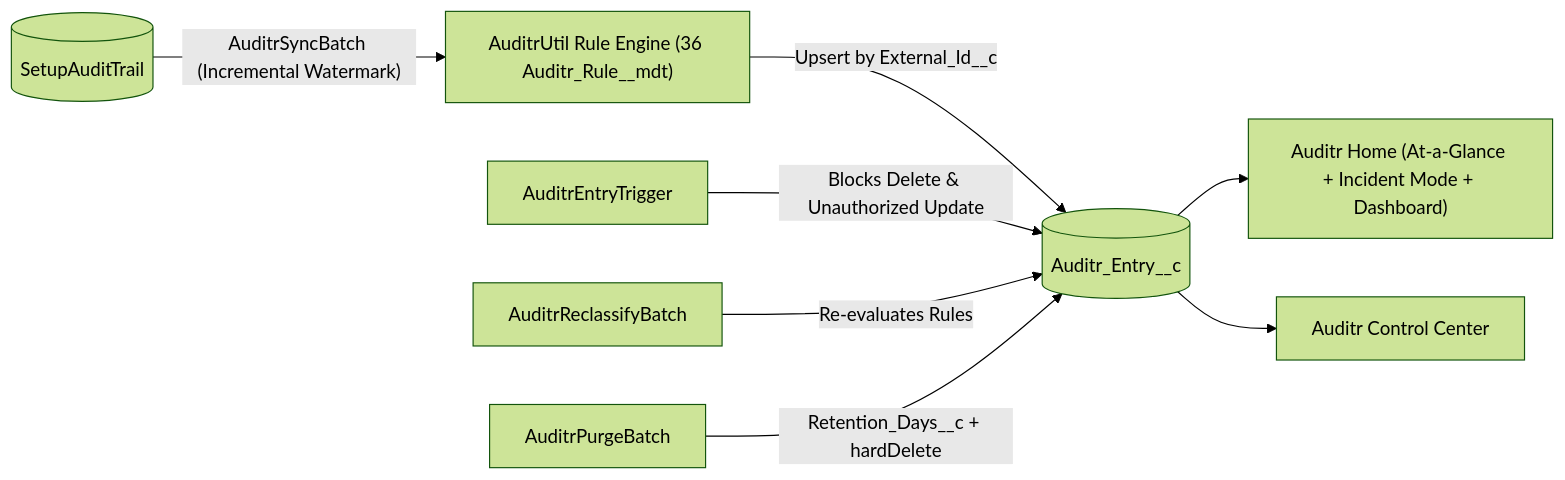
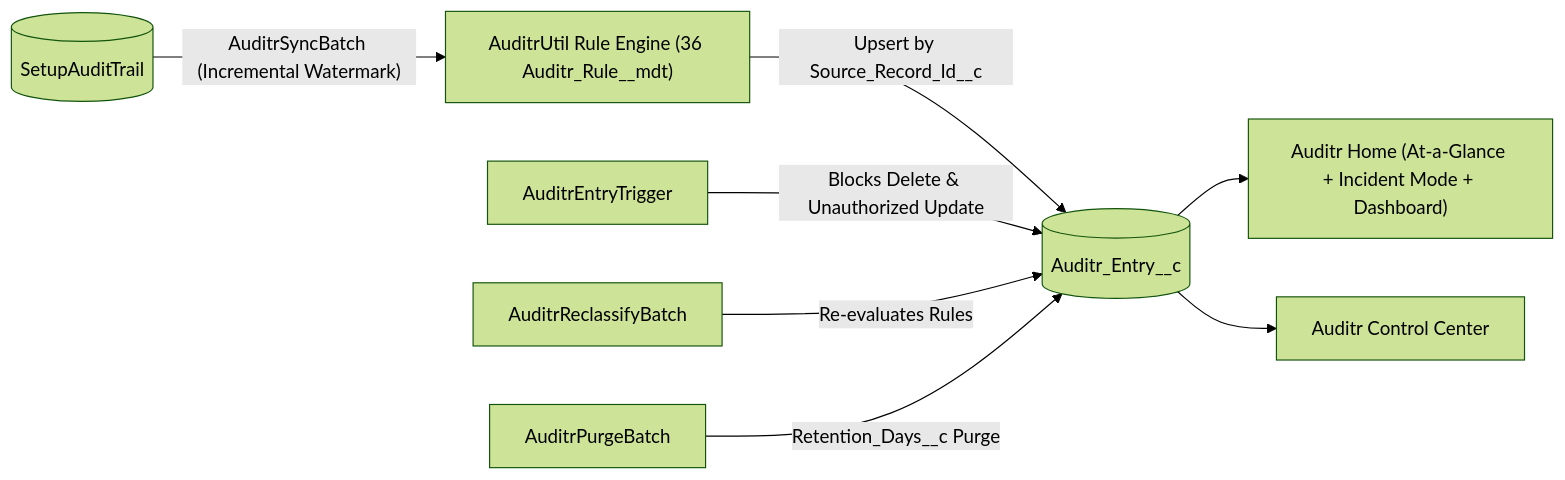
The diagram in README.md (nithesh1992/Auditr), drawn with Mermaid (forest theme) before and after one commit. The commit also changed other lines of this file and 1 other file, not shown here.

````diff
--- a/README.md
+++ b/README.md
@@ -89,10 +132,10 @@
 ```mermaid
 flowchart LR
     SAT[("SetupAuditTrail")] -->|"AuditrSyncBatch (Incremental Watermark)"| UTIL["AuditrUtil Rule Engine (36 Auditr_Rule__mdt)"]
-    UTIL -->|"Upsert by External_Id__c"| ENTRY[("Auditr_Entry__c")]
+    UTIL -->|"Upsert by Source_Record_Id__c"| ENTRY[("Auditr_Entry__c")]
     TRIG["AuditrEntryTrigger"] -->|"Blocks Delete & Unauthorized Update"| ENTRY
     REC["AuditrReclassifyBatch"] -->|"Re-evaluates Rules"| ENTRY
-    PURGE["AuditrPurgeBatch"] -->|"Retention_Days__c + hardDelete"| ENTRY
+    PURGE["AuditrPurgeBatch"] -->|"Retention_Days__c Purge"| ENTRY
     ENTRY --> HOME["Auditr Home (At-a-Glance + Incident Mode + Dashboard)"]
     ENTRY --> CC["Auditr Control Center"]
 ```
````
